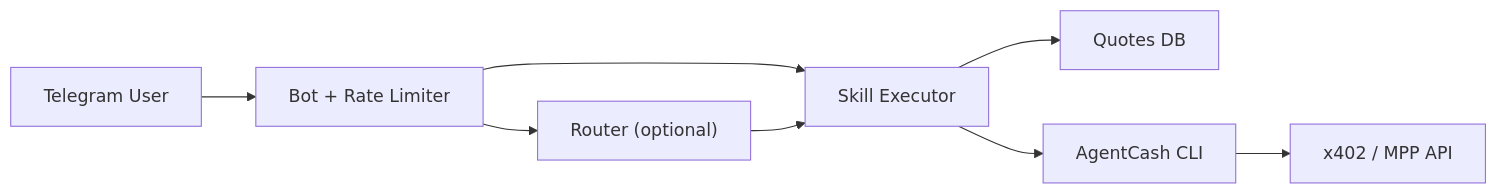
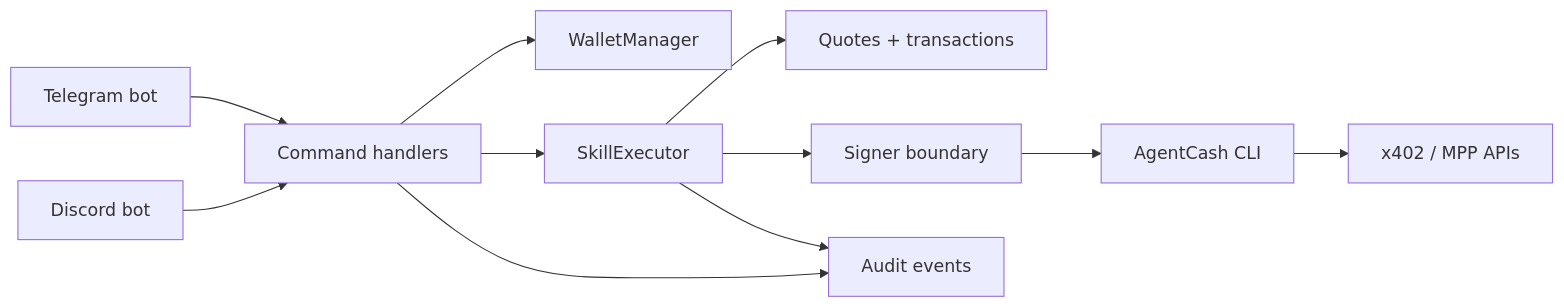
Before and after one commit to akumoli-debug/agentcash-telegram: the diagram in README.md, drawn with Mermaid. The commit also changed other lines of this file and 73 other files, not shown here.

````diff
--- a/README.md
+++ b/README.md
@@ -140,18 +53,24 @@
 ```mermaid
 flowchart LR
-  user["Telegram User"]
-  bot["Bot + Rate Limiter"]
-  router["Router (optional)"]
-  executor["Skill Executor"]
-  quotes["Quotes DB"]
-  agentcash["AgentCash CLI"]
-  api["x402 / MPP API"]
+  telegram["Telegram bot"]
+  discord["Discord bot"]
+  commands["Command handlers"]
+  executor["SkillExecutor"]
+  quotes["Quotes + transactions"]
+  wallets["WalletManager"]
+  custody["Signer boundary"]
+  cli["AgentCash CLI"]
+  paid["x402 / MPP APIs"]
+  audit["Audit events"]
 
-  user --> bot
-  bot --> router
-  bot --> executor
-  router --> executor
+  telegram --> commands
+  discord --> commands
+  commands --> wallets
+  commands --> executor
   executor --> quotes
-  executor --> agentcash
-  agentcash --> api
+  executor --> custody
+  custody --> cli
+  cli --> paid
+  commands --> audit
+  executor --> audit
 ```
````
